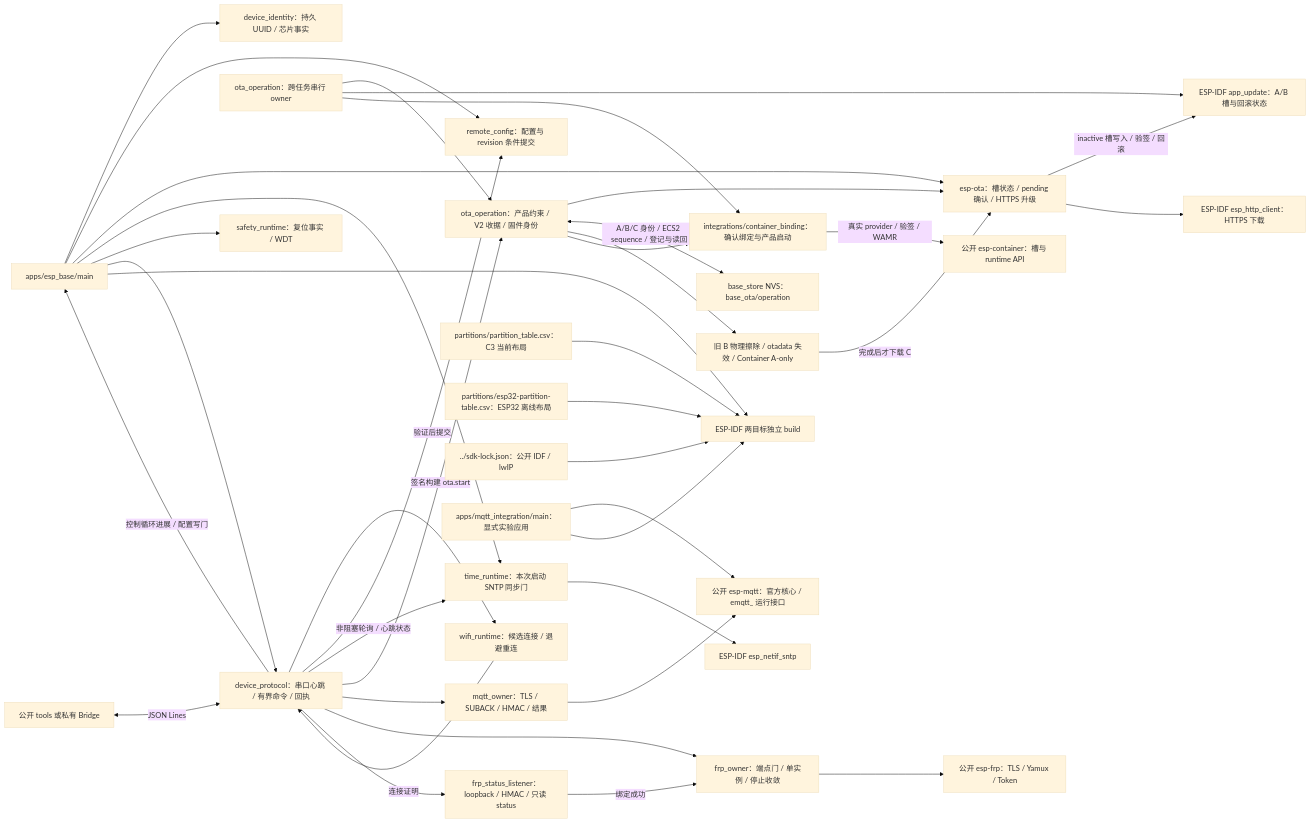
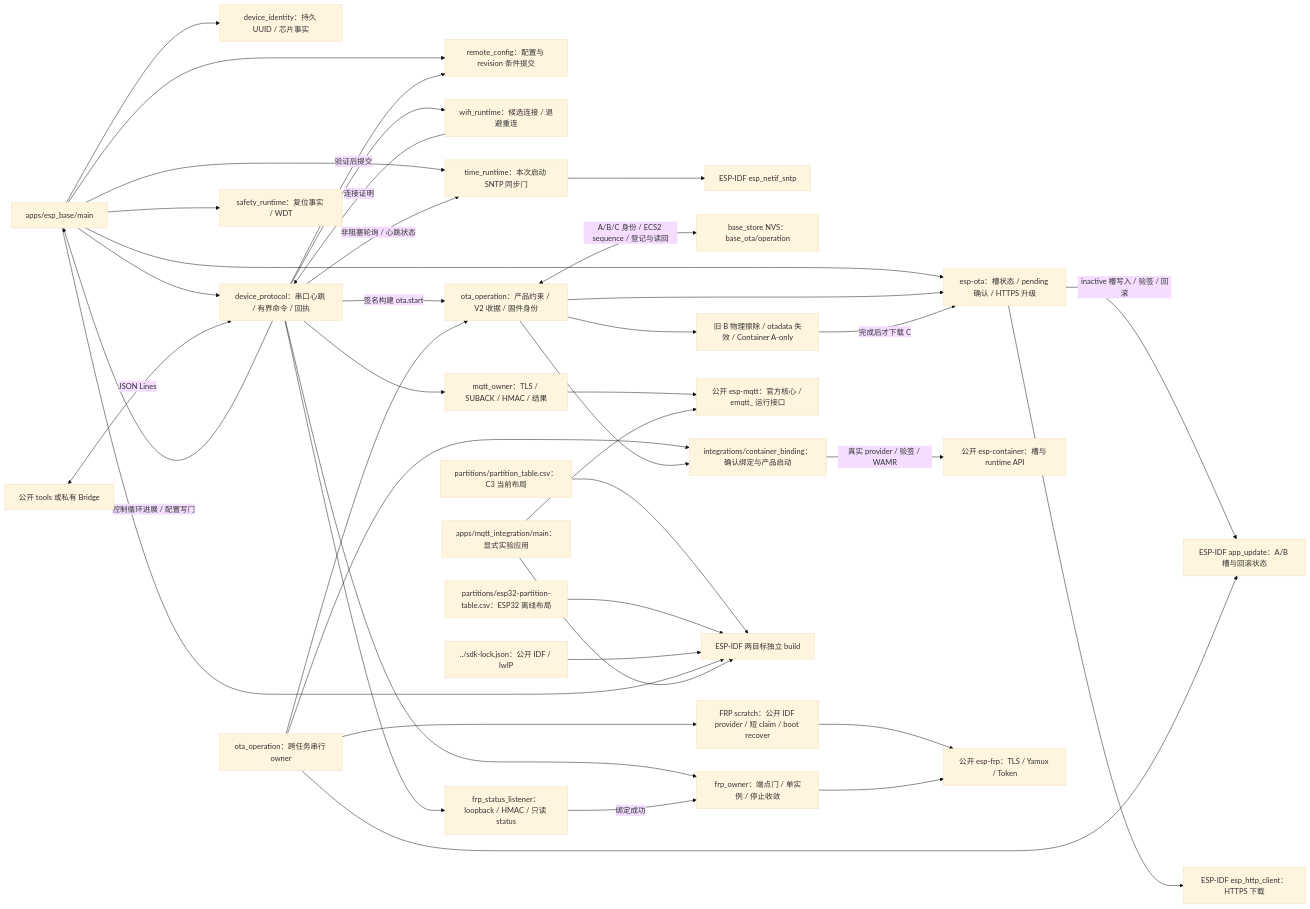
The diagram in firmware/README.md (darren-you/esp-base), drawn with Mermaid (base theme) before and after one commit. The commit also changed other lines of this file and 21 other files, not shown here.

````diff
--- a/firmware/README.md
+++ b/firmware/README.md
@@ -7,40 +7,42 @@
 ```mermaid
 flowchart LR
     main["apps/esp_base/main"] --> identity["device_identity：持久 UUID / 芯片事实"]
     main --> config["remote_config：配置与 revision 条件提交"]
     protocol --> wifi["wifi_runtime：候选连接 / 退避重连"]
     wifi -->|"连接证明"| protocol
     protocol -->|"验证后提交"| config
     main --> ota["esp-ota：槽状态 / pending 确认 / HTTPS 升级"]
     receipt["ota_operation：产品约束 / V2 收据 / 固件身份"] --> ota
     main --> time["time_runtime：本次启动 SNTP 同步门"]
     protocol -->|"控制循环进展 / 配置写门"| main
     protocol -->|"非阻塞轮询 / 心跳状态"| time
     time --> sntp["ESP-IDF esp_netif_sntp"]
     ota -->|"inactive 槽写入 / 验签 / 回滚"| rollback["ESP-IDF app_update：A/B 槽与回滚状态"]
     protocol -->|"签名构建 ota.start"| receipt
     ota --> https["ESP-IDF esp_http_client：HTTPS 下载"]
     receipt <-->|"A/B/C 身份 / ECS2 sequence / 登记与读回"| nvs["base_store NVS：base_ota/operation"]
     receipt --> retire["旧 B 物理擦除 / otadata 失效 / Container A-only"]
     retire -->|"完成后才下载 C"| ota
     owner["ota_operation：跨任务串行 owner"] --> receipt
     owner --> rollback
     binding["integrations/container_binding：确认绑定与产品启动"] -->|"真实 provider / 验签 / WAMR"| container["公开 esp-container：槽与 runtime API"]
     owner --> binding
+    owner --> frp_scratch["FRP scratch：公开 IDF provider / 短 claim / boot recover"]
+    frp_scratch --> frp
     receipt --> binding
     main --> safety["safety_runtime：复位事实 / WDT"]
     main --> protocol["device_protocol：串口心跳 / 有界命令 / 回执"]
     protocol --> mqtt_owner["mqtt_owner：TLS / SUBACK / HMAC / 结果"]
     mqtt_owner --> mqtt["公开 esp-mqtt：官方核心 / emqtt_ 运行接口"]
     protocol --> frp_owner["frp_owner：端点门 / 单实例 / 停止收敛"]
     protocol --> frp_status["frp_status_listener：loopback / HMAC / 只读 status"]
     frp_status -->|"绑定成功"| frp_owner
     frp_owner --> frp["公开 esp-frp：TLS / Yamux / Token"]
     host["公开 tools 或私有 Bridge"] <-->|"JSON Lines"| protocol
     c3["partitions/partition_table.csv：C3 当前布局"] --> build["ESP-IDF 两目标独立 build"]
     esp32["partitions/esp32-partition-table.csv：ESP32 离线布局"] --> build
     lock["../sdk-lock.json：公开 IDF / lwIP"] --> build
     main --> build
     lab["apps/mqtt_integration/main：显式实验应用"] --> mqtt
     lab --> build
 ```
````
